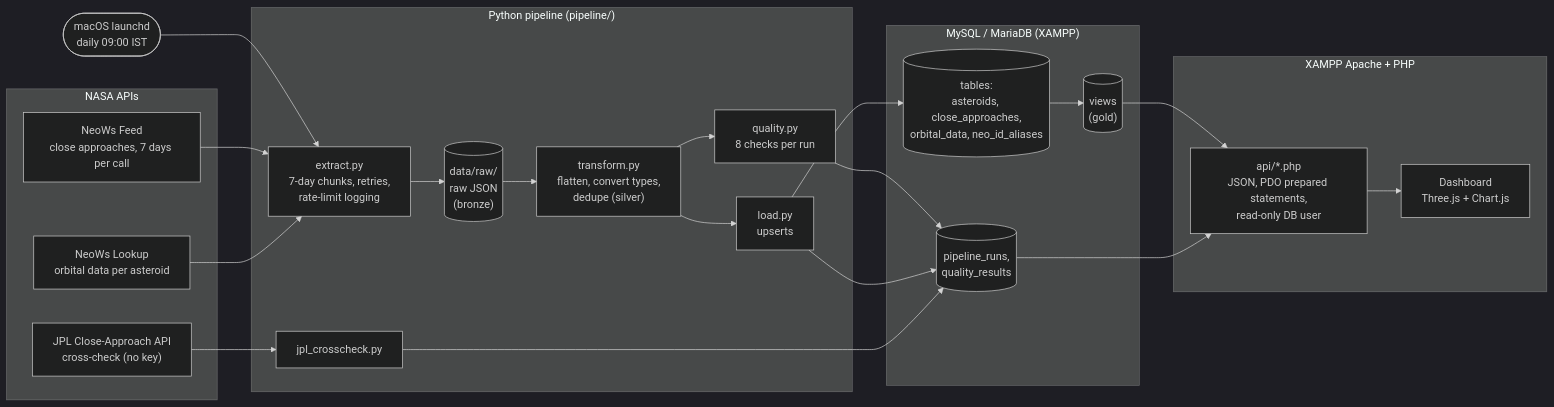
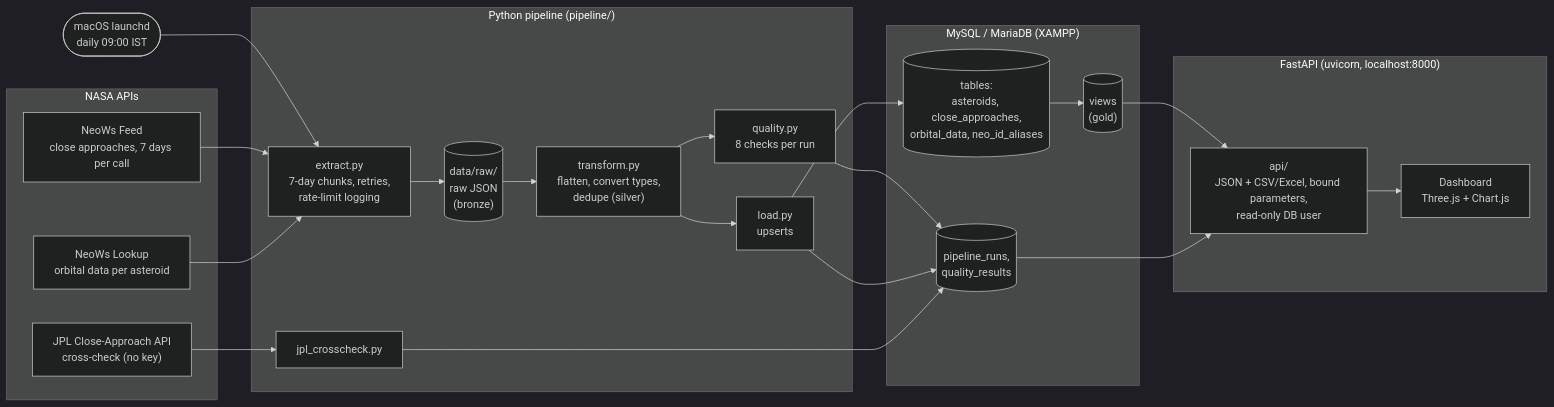
One commit to rebeccasaxena0908-netizen/asteroid-watch changed the first of 2 diagrams in README.md. Above: the diagram before and after it, drawn with Mermaid (dark theme). The commit also changed other lines of this file and 54 other files, not shown here.

First line of the commit message:
v2 Phase 2: FastAPI replaces the PHP API (parity proven byte for byte)

````diff
--- a/README.md
+++ b/README.md
@@ -39,38 +39,38 @@
 ```mermaid
 flowchart LR
     subgraph NASA["NASA APIs"]
         FEED["NeoWs Feed<br/>close approaches, 7 days per call"]
         LOOK["NeoWs Lookup<br/>orbital data per asteroid"]
         CAD["JPL Close-Approach API<br/>cross-check (no key)"]
     end
 
     subgraph PY["Python pipeline (pipeline/)"]
         EX["extract.py<br/>7-day chunks, retries,<br/>rate-limit logging"]
         RAW[("data/raw/<br/>raw JSON<br/>(bronze)")]
         TR["transform.py<br/>flatten, convert types,<br/>dedupe (silver)"]
         QC["quality.py<br/>8 checks per run"]
         LD["load.py<br/>upserts"]
         JPL["jpl_crosscheck.py"]
     end
 
     subgraph DB["MySQL / MariaDB (XAMPP)"]
         T[("tables:<br/>asteroids, close_approaches,<br/>orbital_data, neo_id_aliases")]
         LOG[("pipeline_runs,<br/>quality_results")]
         V[("views<br/>(gold)")]
     end
 
-    subgraph WEB["XAMPP Apache + PHP"]
-        API["api/*.php<br/>JSON, PDO prepared statements,<br/>read-only DB user"]
+    subgraph WEB["FastAPI (uvicorn, localhost:8000)"]
+        API["api/<br/>JSON + CSV/Excel, bound parameters,<br/>read-only DB user"]
         UI["Dashboard<br/>Three.js + Chart.js"]
     end
 
     LAUNCHD(["macOS launchd<br/>daily 09:00 IST"]) --> EX
     FEED --> EX
     LOOK --> EX
     EX --> RAW --> TR --> LD --> T
     TR --> QC --> LOG
     LD --> LOG
     T --> V --> API --> UI
     LOG --> API
     CAD --> JPL --> LOG
 ```
````
